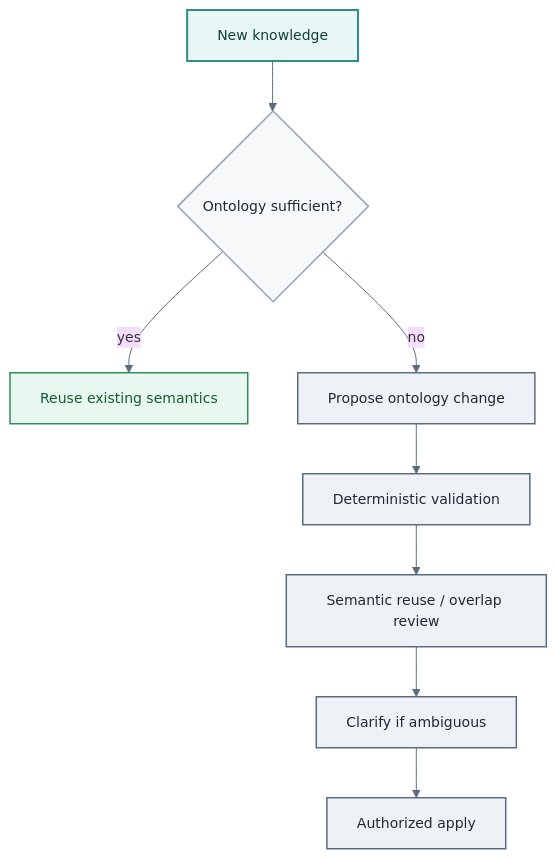
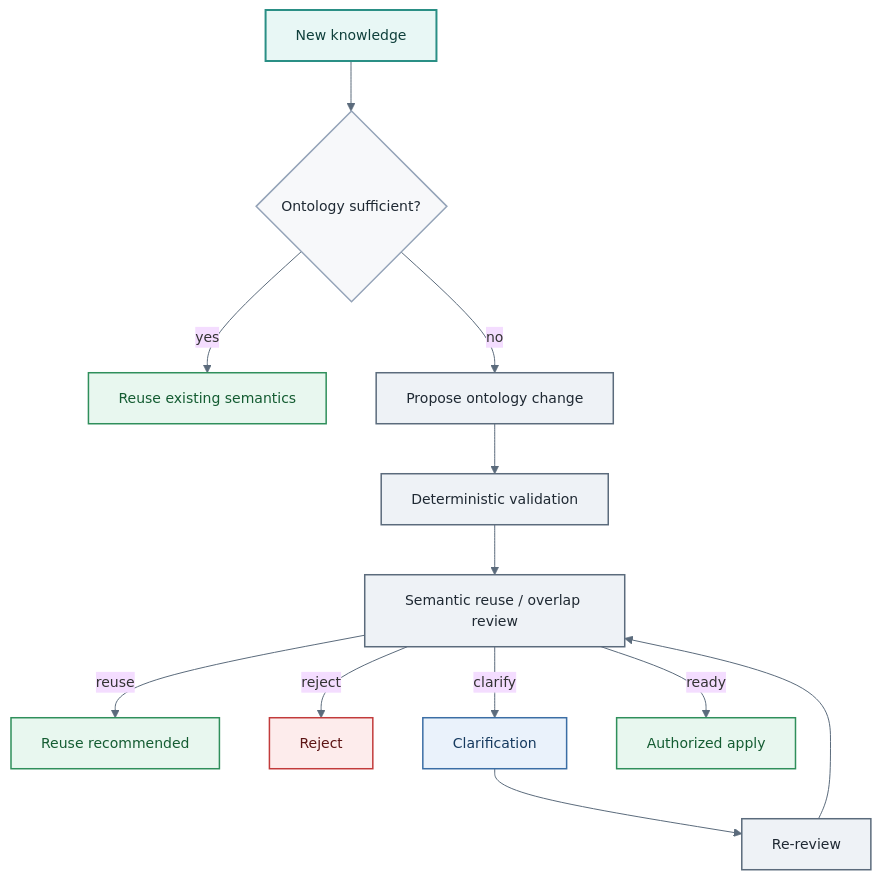
Before and after one commit to didac-crst/AtlasSynapse: the third of 3 diagrams in docs/design-thesis.md, drawn with Mermaid. The commit also changed other lines of this file and 5 other files, not shown here.

First line of the commit message:
docs: polish narrative claims, license, and roadmap provenance

````diff
--- a/docs/design-thesis.md
+++ b/docs/design-thesis.md
@@ -160,20 +162,28 @@
 ```mermaid
 %%{init: {"theme":"base","themeVariables":{"fontFamily":"ui-sans-serif, system-ui, sans-serif","fontSize":"14px","lineColor":"#5B6B7C"}}}%%
 flowchart TD
   nk[New knowledge] --> enough{Ontology sufficient?}
   enough -->|yes| reuse[Reuse existing semantics]
   enough -->|no| propose[Propose ontology change]
   propose --> gates[Deterministic validation]
   gates --> review[Semantic reuse / overlap review]
-  review --> clarify[Clarify if ambiguous]
-  clarify --> apply[Authorized apply]
+  review -->|reuse| reuseExisting[Reuse recommended]
+  review -->|reject| rejectSem[Reject]
+  review -->|clarify| clarify[Clarification]
+  clarify --> rereview[Re-review]
+  rereview --> review
+  review -->|ready| apply[Authorized apply]
 
   classDef start fill:#E8F7F5,stroke:#2A8F85,color:#0F3F3B,stroke-width:2px
   classDef process fill:#EEF2F6,stroke:#5B6B7C,color:#1F2933,stroke-width:1.5px
   classDef decision fill:#F7F8FA,stroke:#94A3B8,color:#1F2933,stroke-width:1.5px
   classDef ok fill:#E8F7EF,stroke:#2F8F5B,color:#145C32,stroke-width:1.5px
+  classDef reject fill:#FDECEC,stroke:#C23B3B,color:#5C1414,stroke-width:1.5px
+  classDef clarifyNode fill:#EAF2FB,stroke:#3B6EA5,color:#163A5F,stroke-width:1.5px
   class nk start
   class enough decision
-  class reuse ok
-  class propose,gates,review,clarify,apply process
+  class reuse,reuseExisting,apply ok
+  class propose,gates,review,rereview process
+  class rejectSem reject
+  class clarify clarifyNode
 ```
````
